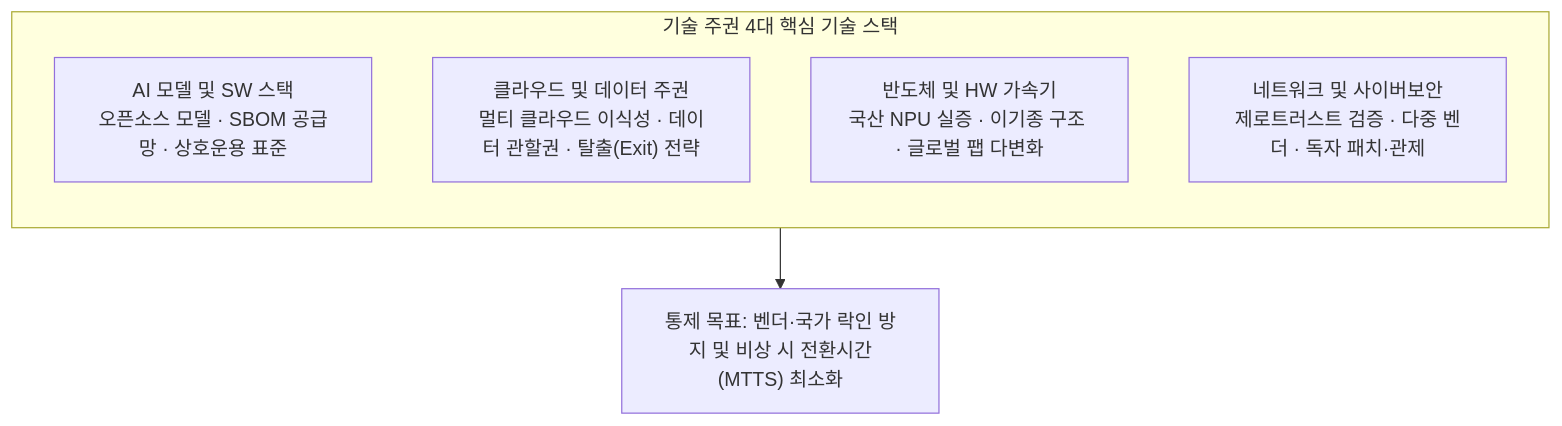
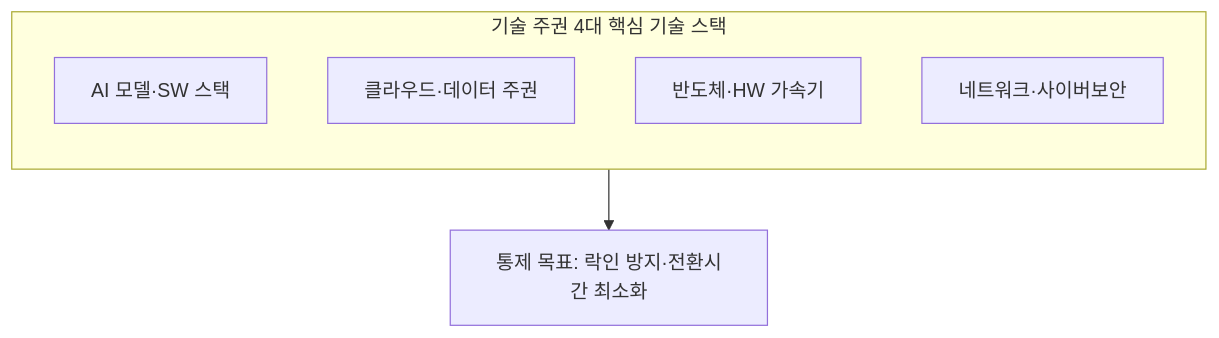
The third of 3 diagrams in src/content/docs/notes/itpe/01-it-strategy/058_technology_sovereignty.md (agnusdei1207/study), drawn with Mermaid before and after one commit. The commit also changed other lines of this file and 19 other files, not shown here.

````diff
--- a/src/content/docs/notes/itpe/01-it-strategy/058_technology_sovereignty.md
+++ b/src/content/docs/notes/itpe/01-it-strategy/058_technology_sovereignty.md
@@ -136,11 +122,11 @@
 ```mermaid
 flowchart TD
     subgraph STACK["기술 주권 4대 핵심 기술 스택"]
         direction TB
-        S1["AI 모델 및 SW 스택<br/>오픈소스 모델 · SBOM 공급망 · 상호운용 표준"]
-        S2["클라우드 및 데이터 주권<br/>멀티 클라우드 이식성 · 데이터 관할권 · 탈출(Exit) 전략"]
-        S3["반도체 및 HW 가속기<br/>국산 NPU 실증 · 이기종 구조 · 글로벌 팹 다변화"]
-        S4["네트워크 및 사이버보안<br/>제로트러스트 검증 · 다중 벤더 · 독자 패치·관제"]
+        S1["AI 모델·SW 스택"]
+        S2["클라우드·데이터 주권"]
+        S3["반도체·HW 가속기"]
+        S4["네트워크·사이버보안"]
     end
-    STACK --> GOAL["통제 목표: 벤더·국가 락인 방지 및 비상 시 전환시간(MTTS) 최소화"]
+    STACK --> GOAL["통제 목표: 락인 방지·전환시간 최소화"]
 ```
````
